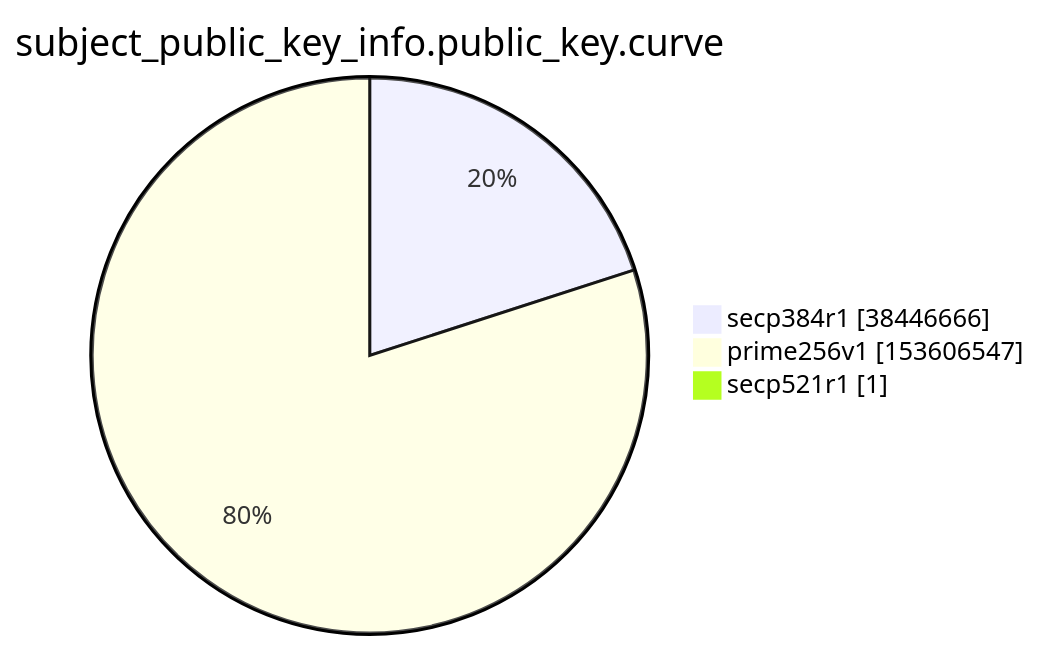
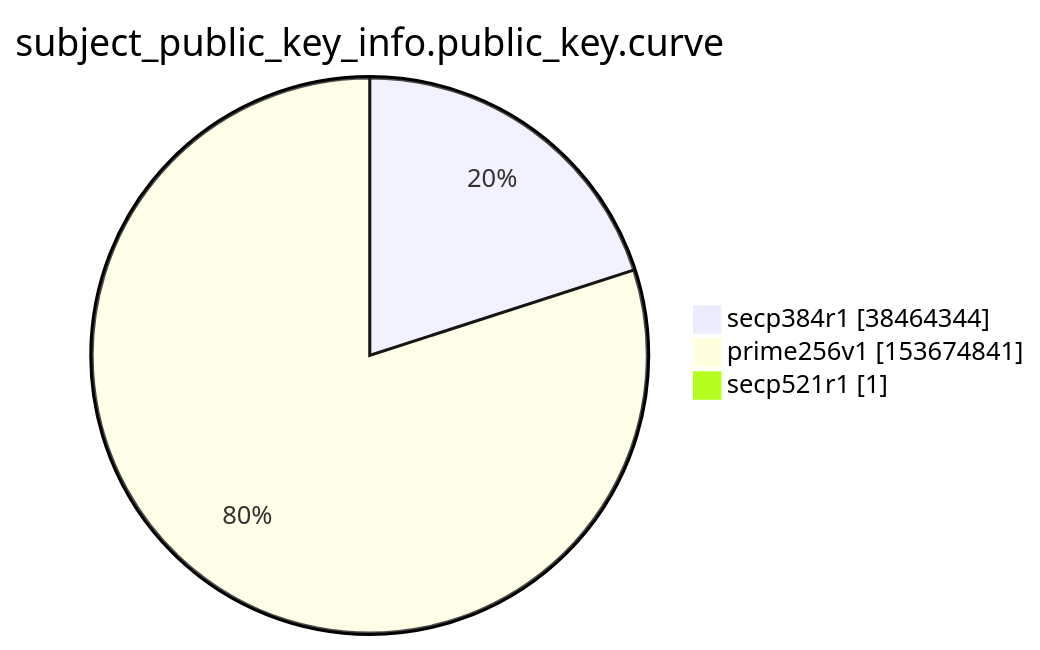
Before and after one commit to christiankrug/ctmonitor_visualization: the ninth of 15 diagrams in xenon2022/README.md, drawn with Mermaid. The commit also changed other lines of this file, not shown here.

````diff
--- a/xenon2022/README.md
+++ b/xenon2022/README.md
@@ -2863,7 +2863,7 @@
 ```mermaid
 pie showData
 title subject_public_key_info.public_key.curve
-"secp384r1" :38446666
-"prime256v1" :153606547
+"secp384r1" :38464344
+"prime256v1" :153674841
 "secp521r1" :1
 ```
````
